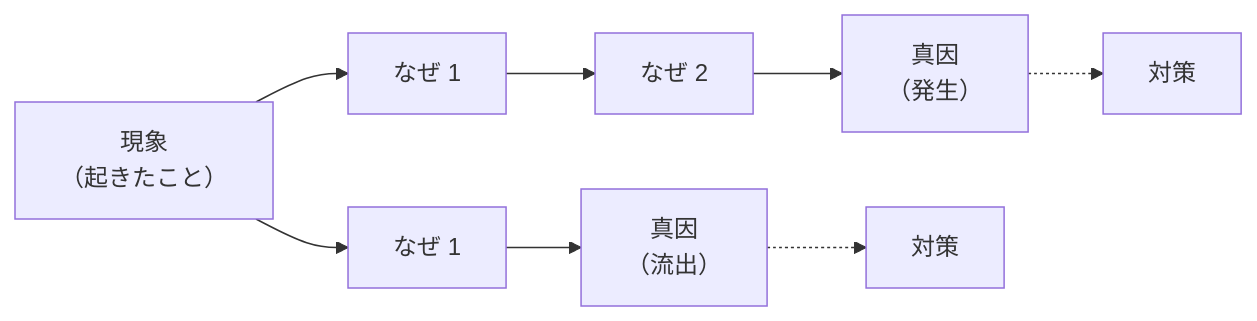
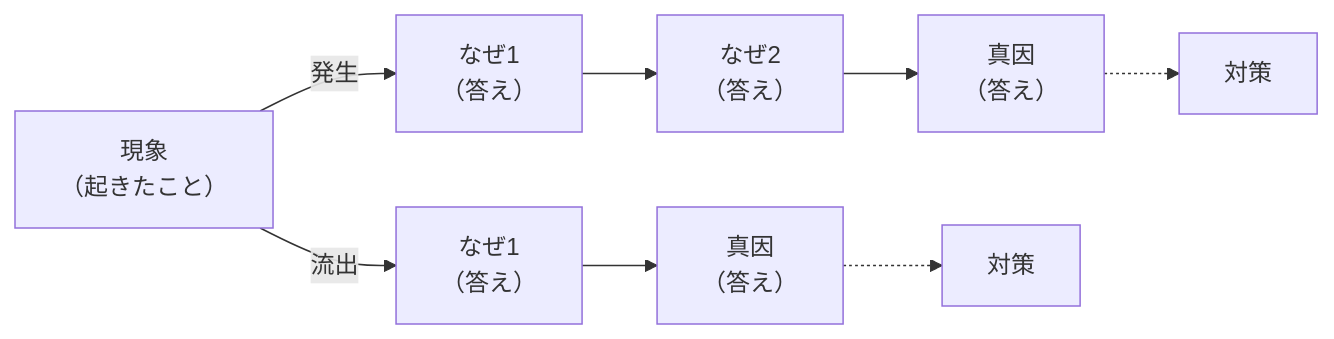
Before and after one commit to GoodRelax/gr-whiteboard: the diagram in skills/five-whys/data/chart-ja.mmd, drawn with Mermaid. The commit also changed 17 other files, not shown here.

```diff
--- a/skills/five-whys/data/chart-ja.mmd
+++ b/skills/five-whys/data/chart-ja.mmd
@@ -1,4 +1,4 @@
 flowchart LR
     P["現象<br/>（起きたこと）"]
-    P --> A1["なぜ 1"] --> A2["なぜ 2"] --> A3["真因<br/>（発生）"] -.-> A4["対策"]
-    P --> B1["なぜ 1"] --> B2["真因<br/>（流出）"] -.-> B3["対策"]
+    P -->|発生| A1["なぜ1<br/>（答え）"] --> A2["なぜ2<br/>（答え）"] --> A3["真因<br/>（答え）"] -.-> A4["対策"]
+    P -->|流出| B1["なぜ1<br/>（答え）"] --> B2["真因<br/>（答え）"] -.-> B3["対策"]
```
